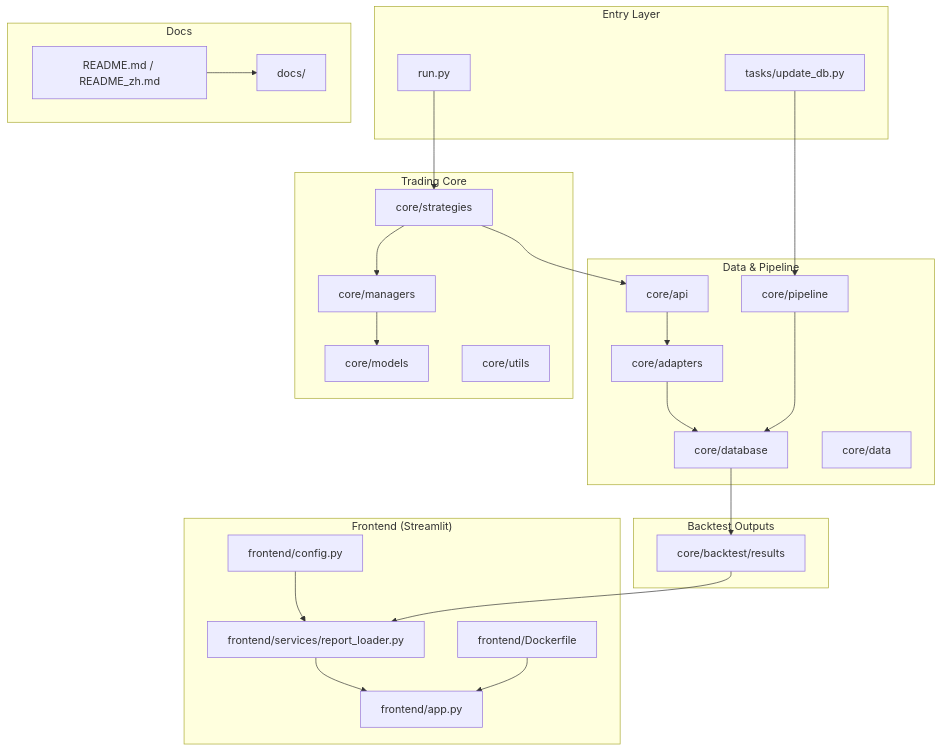
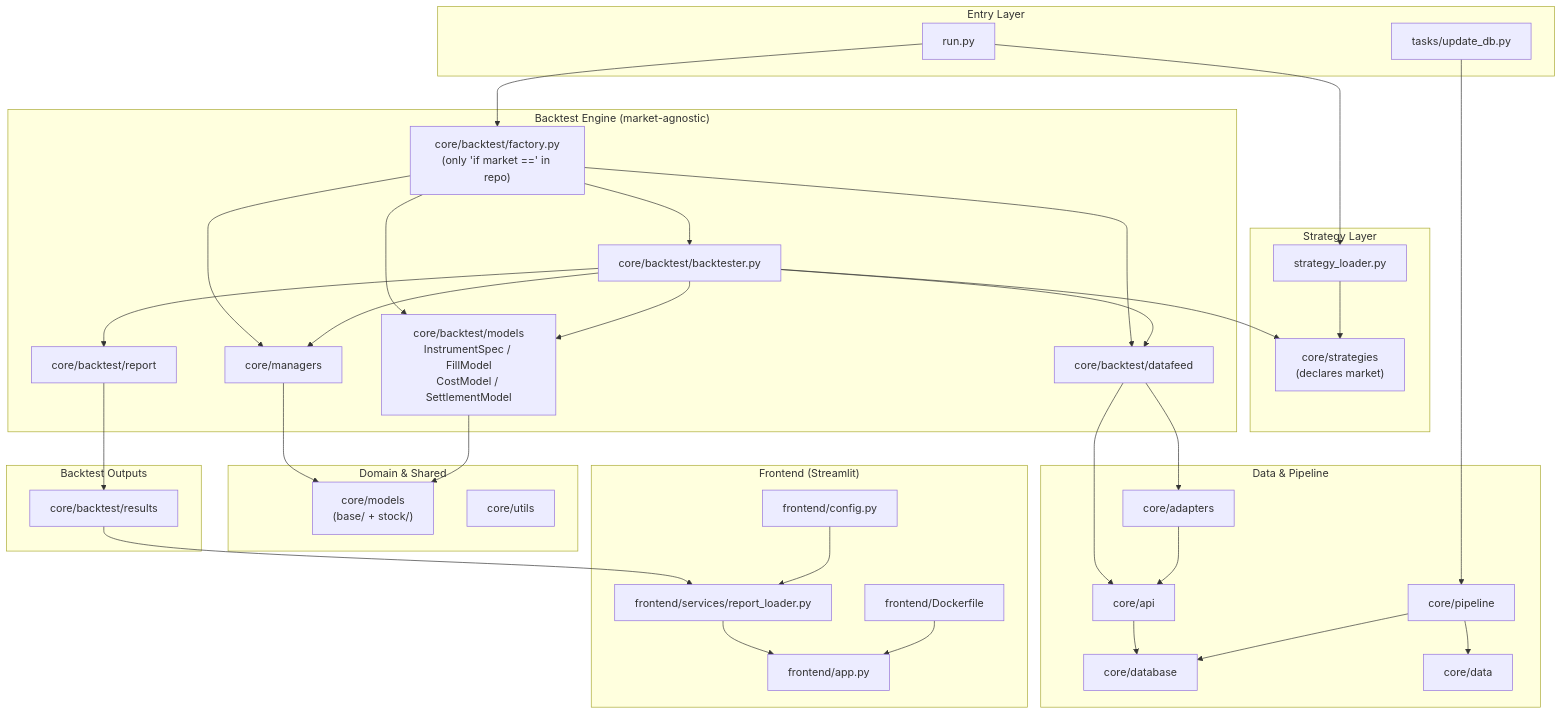
The diagram in README.md (kuo220/AlphaEdge), drawn with Mermaid before and after one commit. The commit also changed other lines of this file and 11 other files, not shown here.

````diff
--- a/README.md
+++ b/README.md
@@ -9,53 +9,72 @@
 ```mermaid
 graph TB
     subgraph entry ["Entry Layer"]
         RunPy["run.py"]
         Tasks["tasks/update_db.py"]
     end
 
-    subgraph trading_core ["Trading Core"]
-        Strategies["core/strategies"]
+    subgraph strategy_layer ["Strategy Layer"]
+        Strategies["core/strategies<br/>(declares market)"]
+        Loader["strategy_loader.py"]
+    end
+
+    subgraph engine_layer ["Backtest Engine (market-agnostic)"]
+        Factory["core/backtest/factory.py<br/>(only 'if market ==' in repo)"]
+        Backtester["core/backtest/backtester.py"]
+        BTModels["core/backtest/models<br/>InstrumentSpec / FillModel<br/>CostModel / SettlementModel"]
+        Feed["core/backtest/datafeed"]
         Managers["core/managers"]
-        Models["core/models"]
+        Report["core/backtest/report"]
+    end
+
+    subgraph domain_layer ["Domain & Shared"]
+        Models["core/models<br/>(base/ + stock/)"]
         Utils["core/utils"]
     end
 
     subgraph data_layer ["Data & Pipeline"]
         API["core/api"]
         Adapters["core/adapters"]
         Pipeline["core/pipeline"]
         DB["core/database"]
         Data["core/data"]
     end
 
     subgraph output_layer ["Backtest Outputs"]
-        Backtest["core/backtest/results"]
+        Results["core/backtest/results"]
     end
 
     subgraph frontend_layer ["Frontend (Streamlit)"]
         FrontendApp["frontend/app.py"]
         FrontendService["frontend/services/report_loader.py"]
         FrontendConfig["frontend/config.py"]
         FrontendDocker["frontend/Dockerfile"]
     end
 
-    subgraph docs_layer ["Docs"]
-        Readme["README.md / README_zh.md"]
-        Docs["docs/"]
-    end
-
-    RunPy --> Strategies
+    RunPy --> Loader
+    Loader --> Strategies
+    RunPy --> Factory
+    Factory --> Backtester
+    Factory --> BTModels
+    Factory --> Feed
+    Factory --> Managers
+    Backtester --> Strategies
+    Backtester --> BTModels
+    Backtester --> Feed
+    Backtester --> Managers
+    Backtester --> Report
+    Managers --> Models
+    BTModels --> Models
+    Feed --> API
+    Feed --> Adapters
+    API --> DB
+    Adapters --> API
     Tasks --> Pipeline
-    Strategies --> Managers
-    Managers --> Models
-    Strategies --> API
-    API --> Adapters
-    Adapters --> DB
     Pipeline --> DB
-    DB --> Backtest
-    Backtest --> FrontendService
+    Pipeline --> Data
+    Report --> Results
+    Results --> FrontendService
     FrontendConfig --> FrontendService
     FrontendService --> FrontendApp
     FrontendDocker --> FrontendApp
-    Readme --> Docs
 ```
````
